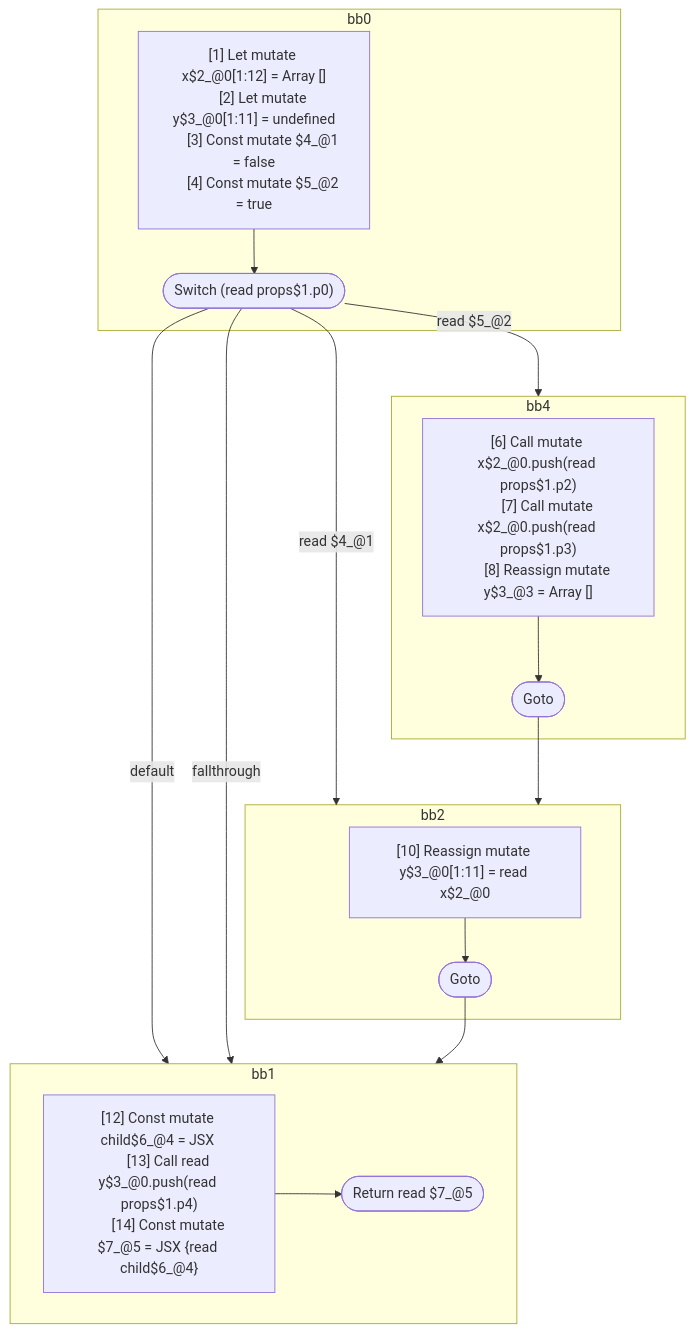
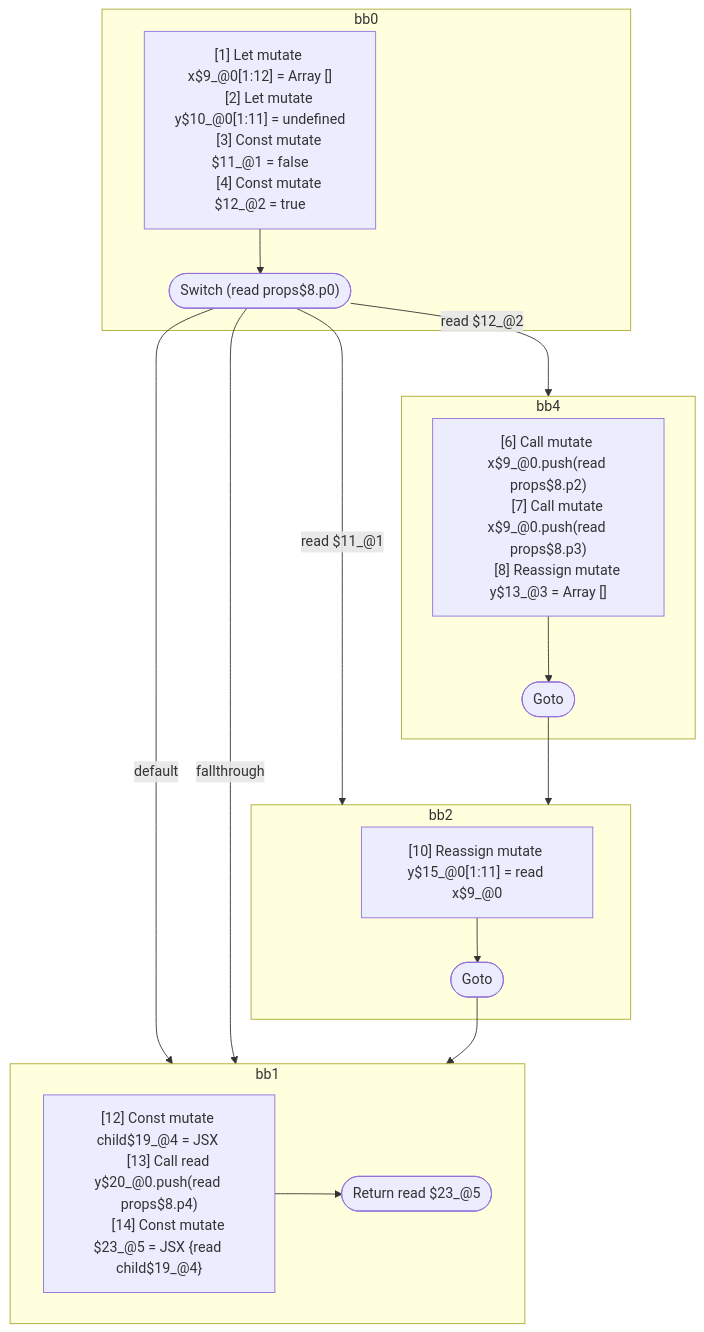
One commit to wutsmog/private changed the diagram in compiler/forget/src/__tests__/fixtures/hir/switch.expect.md. Above: the diagram before and after it, drawn with Mermaid. The commit also changed other lines of this file and 59 other files, not shown here.

````diff
--- a/compiler/forget/src/__tests__/fixtures/hir/switch.expect.md
+++ b/compiler/forget/src/__tests__/fixtures/hir/switch.expect.md
@@ -59,44 +60,44 @@
 ```mermaid
 flowchart TB
   %% Basic Blocks
   subgraph bb0
     bb0_instrs["
-      [1] Let mutate x$2_@0[1:12] = Array []
-      [2] Let mutate y$3_@0[1:11] = undefined
-      [3] Const mutate $4_@1 = false
-      [4] Const mutate $5_@2 = true
+      [1] Let mutate x$9_@0[1:12] = Array []
+      [2] Let mutate y$10_@0[1:11] = undefined
+      [3] Const mutate $11_@1 = false
+      [4] Const mutate $12_@2 = true
     "]
-    bb0_instrs --> bb0_terminal(["Switch (read props$1.p0)"])
+    bb0_instrs --> bb0_terminal(["Switch (read props$8.p0)"])
   end
   subgraph bb4
     bb4_instrs["
-      [6] Call mutate x$2_@0.push(read props$1.p2)
-      [7] Call mutate x$2_@0.push(read props$1.p3)
-      [8] Reassign mutate y$3_@3 = Array []
+      [6] Call mutate x$9_@0.push(read props$8.p2)
+      [7] Call mutate x$9_@0.push(read props$8.p3)
+      [8] Reassign mutate y$13_@3 = Array []
     "]
     bb4_instrs --> bb4_terminal(["Goto"])
   end
   subgraph bb2
     bb2_instrs["
-      [10] Reassign mutate y$3_@0[1:11] = read x$2_@0
+      [10] Reassign mutate y$15_@0[1:11] = read x$9_@0
     "]
     bb2_instrs --> bb2_terminal(["Goto"])
   end
   subgraph bb1
     bb1_instrs["
-      [12] Const mutate child$6_@4 = JSX <read Component$0 data={freeze x$2_@0} ></read Component$0>
-      [13] Call read y$3_@0.push(read props$1.p4)
-      [14] Const mutate $7_@5 = JSX <read Component$0 data={read y$3_@0} >{read child$6_@4}</read Component$0>
+      [12] Const mutate child$19_@4 = JSX <read Component$0 data={freeze x$9_@0} ></read Component$0>
+      [13] Call read y$20_@0.push(read props$8.p4)
+      [14] Const mutate $23_@5 = JSX <read Component$0 data={read y$20_@0} >{read child$19_@4}</read Component$0>
     "]
-    bb1_instrs --> bb1_terminal(["Return read $7_@5"])
+    bb1_instrs --> bb1_terminal(["Return read $23_@5"])
   end
 
   %% Jumps
-  bb0_terminal -- "read $5_@2" --> bb4
-  bb0_terminal -- "read $4_@1" --> bb2
+  bb0_terminal -- "read $12_@2" --> bb4
+  bb0_terminal -- "read $11_@1" --> bb2
   bb0_terminal -- "default" --> bb1
   bb0_terminal -- "fallthrough" --> bb1
   bb4_terminal --> bb2
   bb2_terminal --> bb1
 
 ```
````
